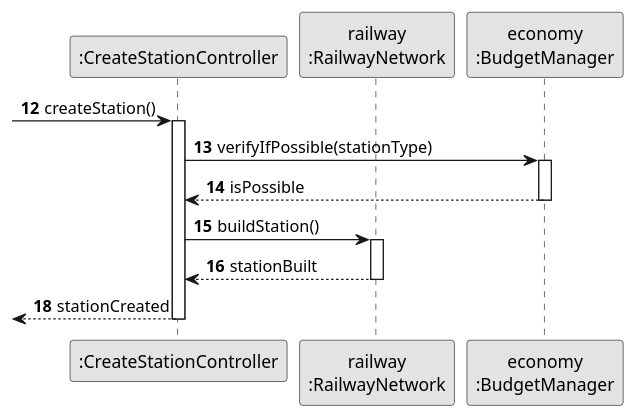
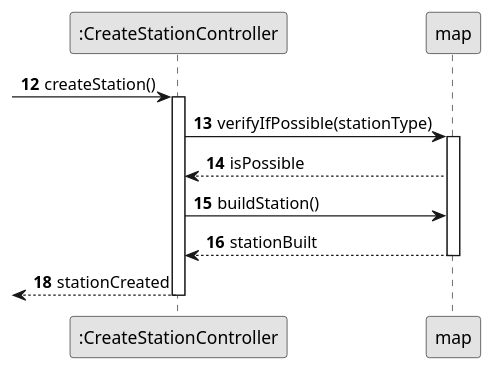
One commit to Andremonteiro1240850/railway_simulator changed the diagram in docs/system-documentation/US05/03.Design/puml/SSD-Create-Station.puml. Above: the diagram before and after it, drawn with PlantUML. The commit also changed 42 other files, not shown here.

```diff
--- a/docs/system-documentation/US05/03.Design/puml/SSD-Create-Station.puml
+++ b/docs/system-documentation/US05/03.Design/puml/SSD-Create-Station.puml
@@ -1,27 +1,27 @@
 @startuml
 skinparam monochrome true
 skinparam packageStyle rectangle
 skinparam shadowing false
 
 participant ":CreateStationController" as CTRL
-participant "railway\n:RailwayNetwork" as RAIL
-participant "economy\n:BudgetManager" as BUDGET
+participant "map" as RAIL
+
 
 autonumber 12
 -> CTRL : createStation()
 activate CTRL
 
-        CTRL -> BUDGET : verifyIfPossible(stationType)
-        activate BUDGET
-            BUDGET --> CTRL : isPossible
-        deactivate BUDGET
+        CTRL -> RAIL : verifyIfPossible(stationType)
+        activate RAIL
+            RAIL --> CTRL : isPossible
+
 
         CTRL -> RAIL : buildStation()
-        activate RAIL
+
             RAIL --> CTRL : stationBuilt
         deactivate RAIL
 
     autonumber 18
     <-- CTRL : stationCreated
 deactivate CTRL
 @enduml
```
